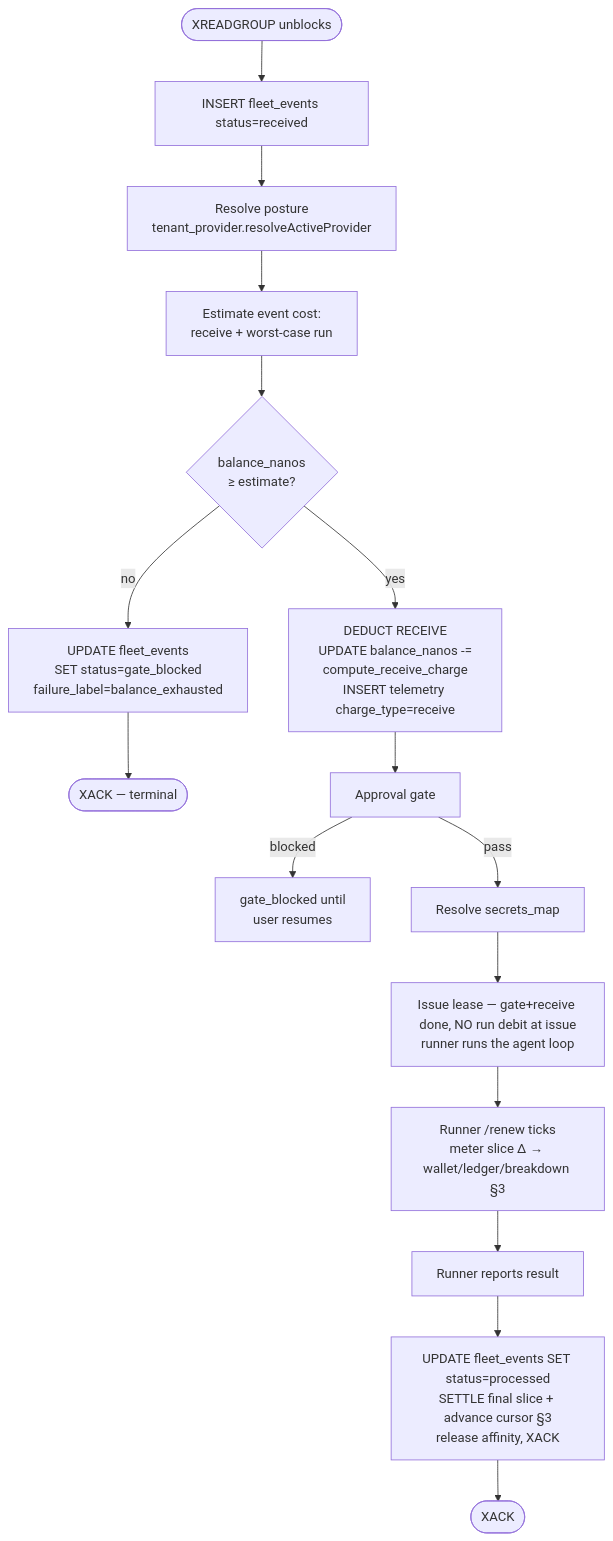
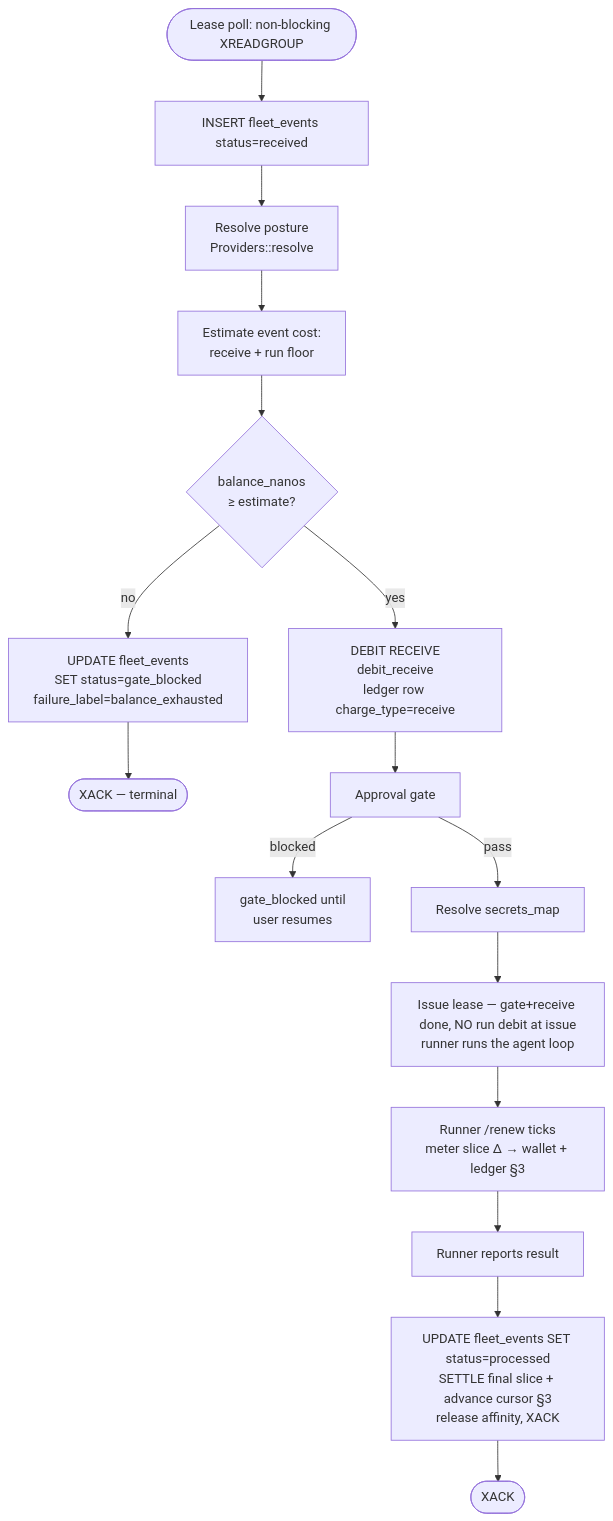
The diagram in docs/architecture/billing_and_provider_keys.md (agentsfleet/agentsfleet), drawn with Mermaid before and after one commit. The commit also changed other lines of this file and 21 other files, not shown here.

First line of the commit message:
docs(architecture): point at the API reference, keep each fact once, match the code

````diff
--- a/docs/architecture/billing_and_provider_keys.md
+++ b/docs/architecture/billing_and_provider_keys.md
@@ -303,18 +302,18 @@
 ```mermaid
 flowchart TD
-    A([XREADGROUP unblocks]) --> B[INSERT fleet_events status=received]
-    B --> C[Resolve posture<br/>tenant_provider.resolveActiveProvider]
-    C --> D[Estimate event cost:<br/>receive + worst-case run]
+    A([Lease poll: non-blocking XREADGROUP]) --> B[INSERT fleet_events status=received]
+    B --> C[Resolve posture<br/>Providers::resolve]
+    C --> D[Estimate event cost:<br/>receive + run floor]
     D --> E{balance_nanos<br/>≥ estimate?}
     E -->|no| Block[UPDATE fleet_events<br/>SET status=gate_blocked<br/>failure_label=balance_exhausted]
     Block --> X1([XACK — terminal])
-    E -->|yes| F[DEDUCT RECEIVE<br/>UPDATE balance_nanos -=<br/>compute_receive_charge<br/>INSERT telemetry charge_type=receive]
+    E -->|yes| F[DEBIT RECEIVE<br/>debit_receive<br/>ledger row charge_type=receive]
     F --> G[Approval gate]
     G -->|blocked| Wait[gate_blocked until<br/>user resumes]
     G -->|pass| H[Resolve secrets_map]
     H --> J[Issue lease — gate+receive done, NO run debit at issue<br/>runner runs the agent loop]
-    J --> Renew[Runner /renew ticks<br/>meter slice Δ → wallet/ledger/breakdown §3]
+    J --> Renew[Runner /renew ticks<br/>meter slice Δ → wallet + ledger §3]
     Renew --> K[Runner reports result]
     K --> L[UPDATE fleet_events SET status=processed<br/>SETTLE final slice + advance cursor §3<br/>release affinity, XACK]
     L --> X2([XACK])
 ```
````
